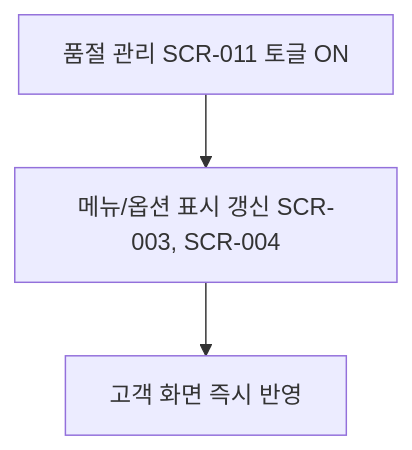
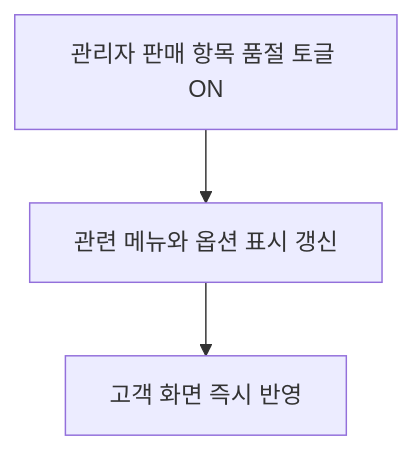
Before and after one commit to hagenie128/ASAK: the eighth of 25 diagrams in docs/wiki/user-scenarios.md, drawn with Mermaid. The commit also changed other lines of this file and 241 other files, not shown here.

````diff
--- a/docs/wiki/user-scenarios.md
+++ b/docs/wiki/user-scenarios.md
@@ -129,5 +129,5 @@
 ```mermaid
 flowchart TD
-    A[품절 관리 SCR-011 토글 ON] --> B[메뉴/옵션 표시 갱신 SCR-003, SCR-004]
+    A[관리자 판매 항목 품절 토글 ON] --> B[관련 메뉴와 옵션 표시 갱신]
     B --> C[고객 화면 즉시 반영]
 ```
````
